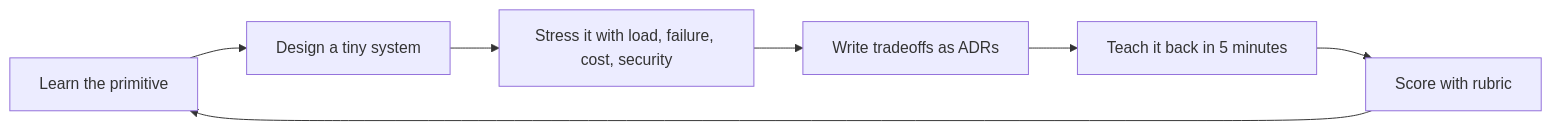
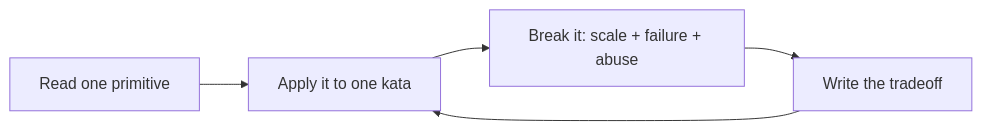
Before and after one commit to trippyogi/systems-design-knowledge-speedrun: the diagram in README.md, drawn with Mermaid. The commit also changed other lines of this file and 5 other files, not shown here.

````diff
--- a/README.md
+++ b/README.md
@@ -28,9 +37,7 @@
 ```mermaid
 flowchart LR
-  A[Learn the primitive] --> B[Design a tiny system]
-  B --> C[Stress it with load, failure, cost, security]
-  C --> D[Write tradeoffs as ADRs]
-  D --> E[Teach it back in 5 minutes]
-  E --> F[Score with rubric]
-  F --> A
+  A[Read one primitive] --> B[Apply it to one kata]
+  B --> C[Break it: scale + failure + abuse]
+  C --> D[Write the tradeoff]
+  D --> B
 ```
````
